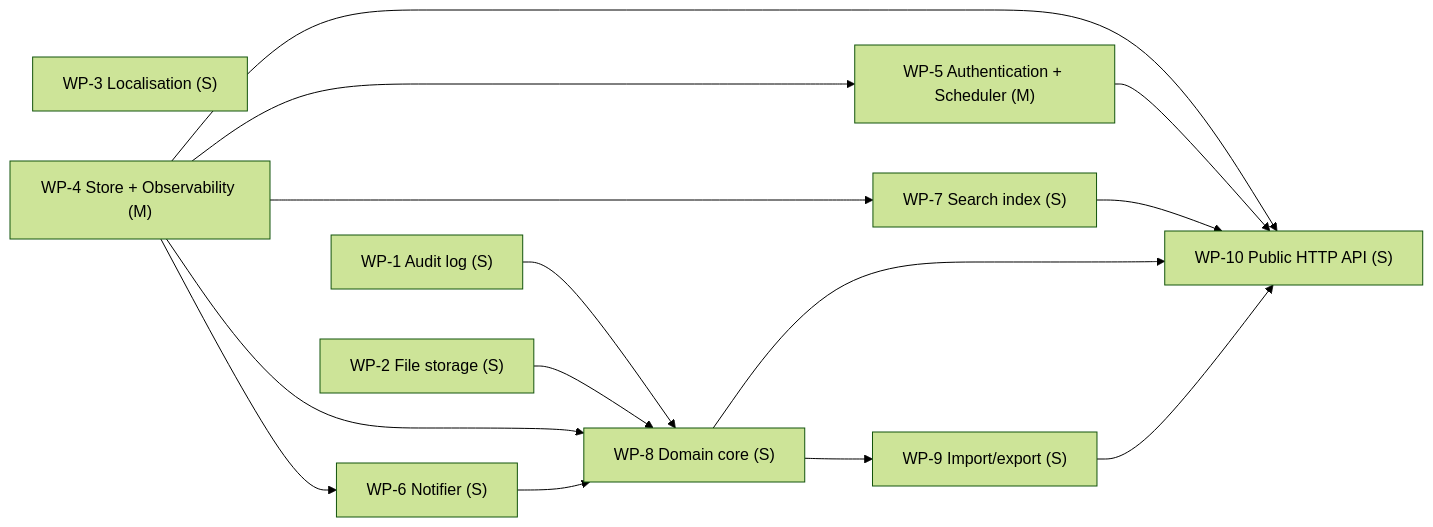
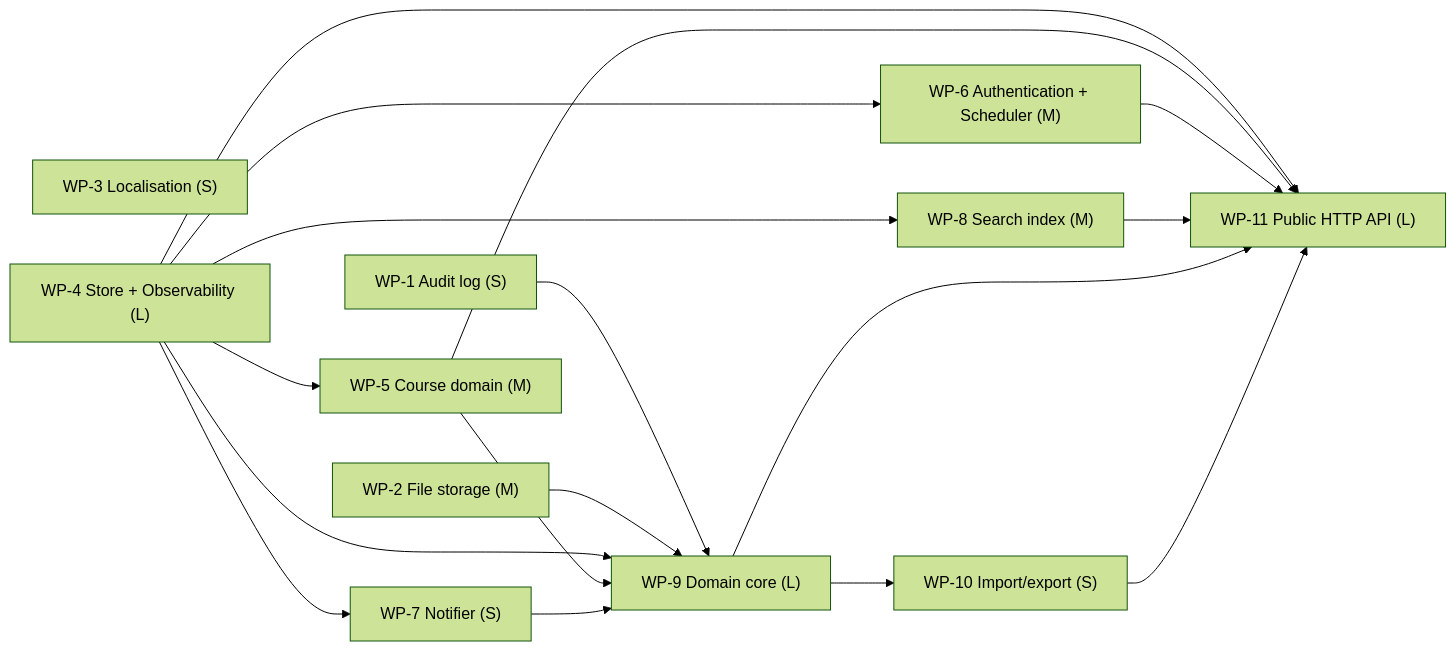
The third of 3 diagrams in examples/eval2/gakushu.DESIGN.md (yui9696/sekkei), drawn with Mermaid (forest theme) before and after one commit. The commit also changed other lines of this file and 39 other files, not shown here.

````diff
--- a/examples/eval2/gakushu.DESIGN.md
+++ b/examples/eval2/gakushu.DESIGN.md
@@ -813,26 +835,30 @@
 ```mermaid
 graph LR
   WP_1["WP-1 Audit log (S)"]
-  WP_2["WP-2 File storage (S)"]
+  WP_2["WP-2 File storage (M)"]
   WP_3["WP-3 Localisation (S)"]
-  WP_4["WP-4 Store + Observability (M)"]
-  WP_5["WP-5 Authentication + Scheduler (M)"]
-  WP_6["WP-6 Notifier (S)"]
-  WP_7["WP-7 Search index (S)"]
-  WP_8["WP-8 Domain core (S)"]
-  WP_9["WP-9 Import/export (S)"]
-  WP_10["WP-10 Public HTTP API (S)"]
+  WP_4["WP-4 Store + Observability (L)"]
+  WP_5["WP-5 Course domain (M)"]
+  WP_6["WP-6 Authentication + Scheduler (M)"]
+  WP_7["WP-7 Notifier (S)"]
+  WP_8["WP-8 Search index (M)"]
+  WP_9["WP-9 Domain core (L)"]
+  WP_10["WP-10 Import/export (S)"]
+  WP_11["WP-11 Public HTTP API (L)"]
   WP_4 --> WP_5
   WP_4 --> WP_6
   WP_4 --> WP_7
-  WP_1 --> WP_8
-  WP_2 --> WP_8
   WP_4 --> WP_8
-  WP_6 --> WP_8
-  WP_8 --> WP_9
-  WP_4 --> WP_10
-  WP_5 --> WP_10
-  WP_7 --> WP_10
-  WP_8 --> WP_10
+  WP_1 --> WP_9
+  WP_2 --> WP_9
+  WP_4 --> WP_9
+  WP_5 --> WP_9
+  WP_7 --> WP_9
   WP_9 --> WP_10
+  WP_4 --> WP_11
+  WP_5 --> WP_11
+  WP_6 --> WP_11
+  WP_8 --> WP_11
+  WP_9 --> WP_11
+  WP_10 --> WP_11
 ```
````
